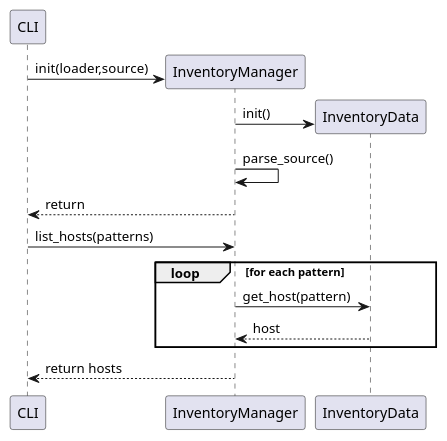
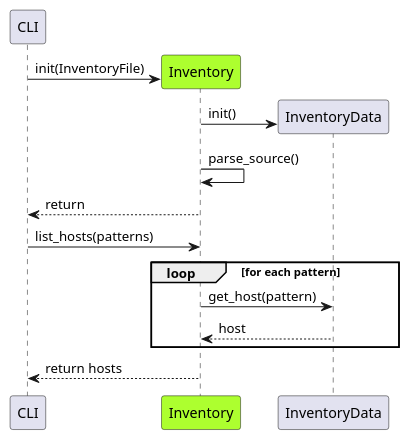
The diagram in project/uml/CLI_Configuration/InventoryManager.puml (ezequiels/nazz), drawn with PlantUML before and after one commit. The commit also changed 1 other file, not shown here.

Commit message:
Move CLI sequence diagrams to different folder. Update domain diagrams.

```diff
--- a/project/uml/CLI_Configuration/InventoryManager.puml
+++ b/project/uml/CLI_Configuration/InventoryManager.puml
@@ -1,16 +1,18 @@
 @startuml
+
 participant CLI
-create InventoryManager
-CLI -> InventoryManager: init(loader,source)
+participant Inventory #GreenYellow
+create Inventory
+CLI -> Inventory: init(InventoryFile)
 create InventoryData
-InventoryManager->InventoryData: init()
-InventoryManager->InventoryManager: parse_source()
-CLI <-- InventoryManager: return
-CLI -> InventoryManager: list_hosts(patterns)
+Inventory->InventoryData: init()
+Inventory->Inventory: parse_source()
+CLI <-- Inventory: return
+CLI -> Inventory: list_hosts(patterns)
 loop for each pattern
-InventoryManager -> InventoryData : get_host(pattern)
-InventoryData --> InventoryManager : host
+Inventory -> InventoryData : get_host(pattern)
+InventoryData --> Inventory : host
 end loop
-CLI <-- InventoryManager: return hosts
+CLI <-- Inventory: return hosts
 
 @enduml
```
